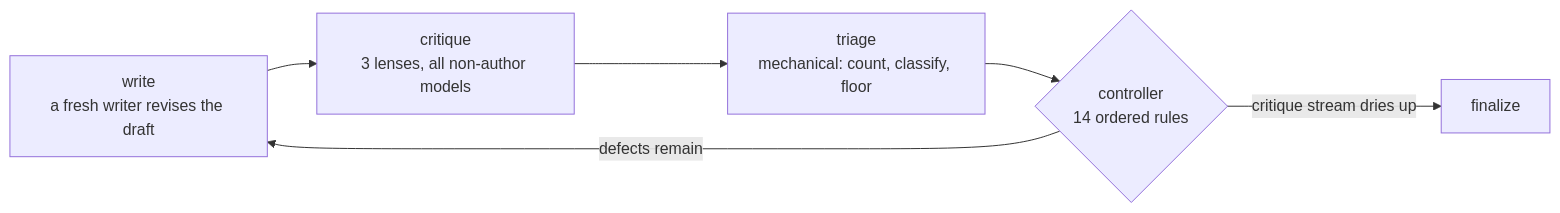
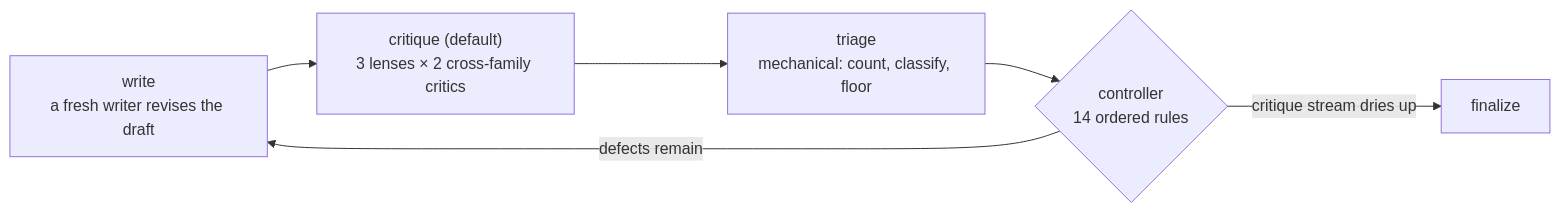
One commit to NickBorgers/reasonable-answer changed the second of 2 diagrams in docs/concepts.md. Above: the diagram before and after it, drawn with Mermaid. The commit also changed other lines of this file and 21 other files, not shown here.

First line of the commit message:
feat(critique): run two independent critics per lens on every draft (D-front-loaded-depth)

````diff
--- a/docs/concepts.md
+++ b/docs/concepts.md
@@ -147,8 +150,8 @@
 ```mermaid
 flowchart LR
-    G["write<br/>a fresh writer revises the draft"] --> K["critique<br/>3 lenses, all non-author models"]
+    G["write<br/>a fresh writer revises the draft"] --> K["critique (default)<br/>3 lenses × 2 cross-family critics"]
     K --> TR["triage<br/>mechanical: count, classify, floor"]
     TR --> D{"controller<br/>14 ordered rules"}
     D -->|"defects remain"| G
     D -->|"critique stream dries up"| F["finalize"]
 ```
````
